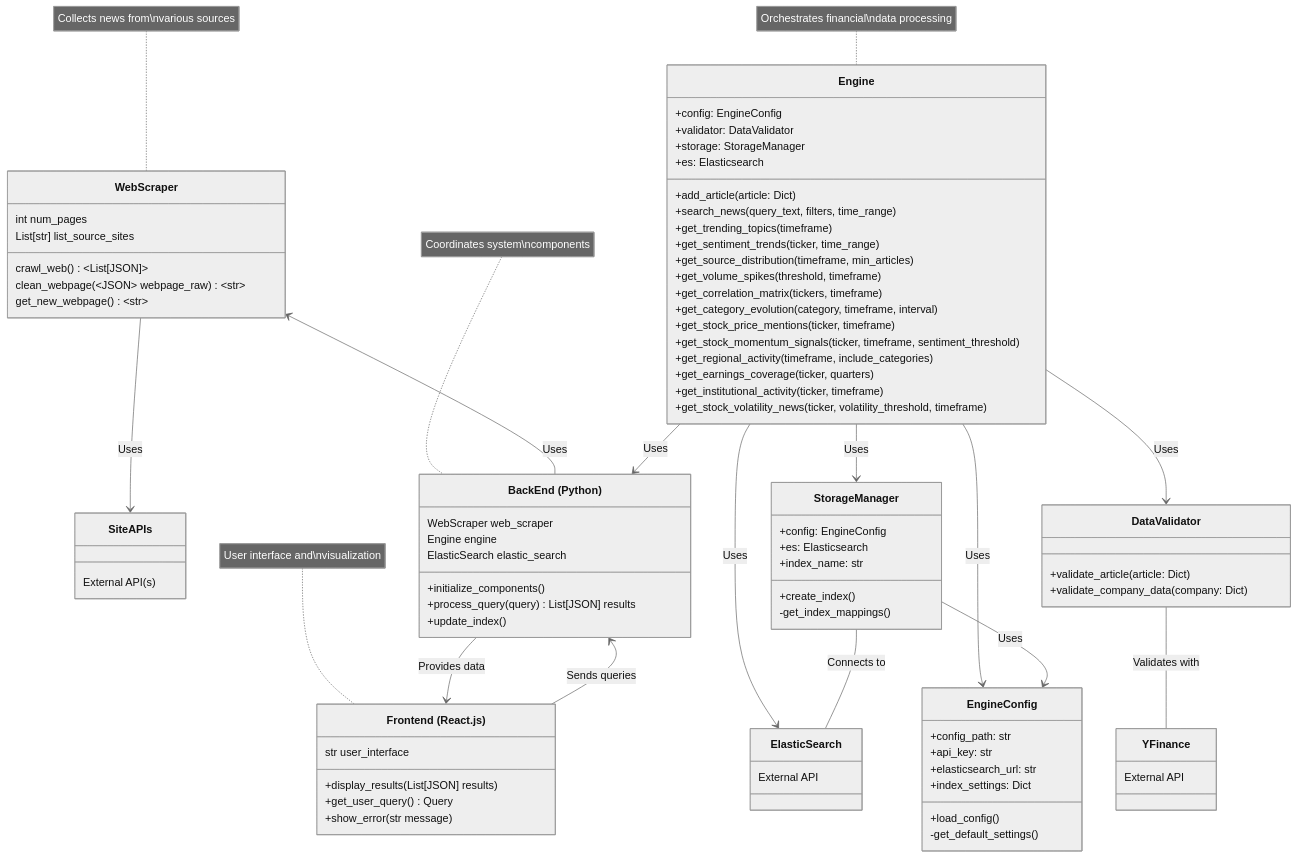
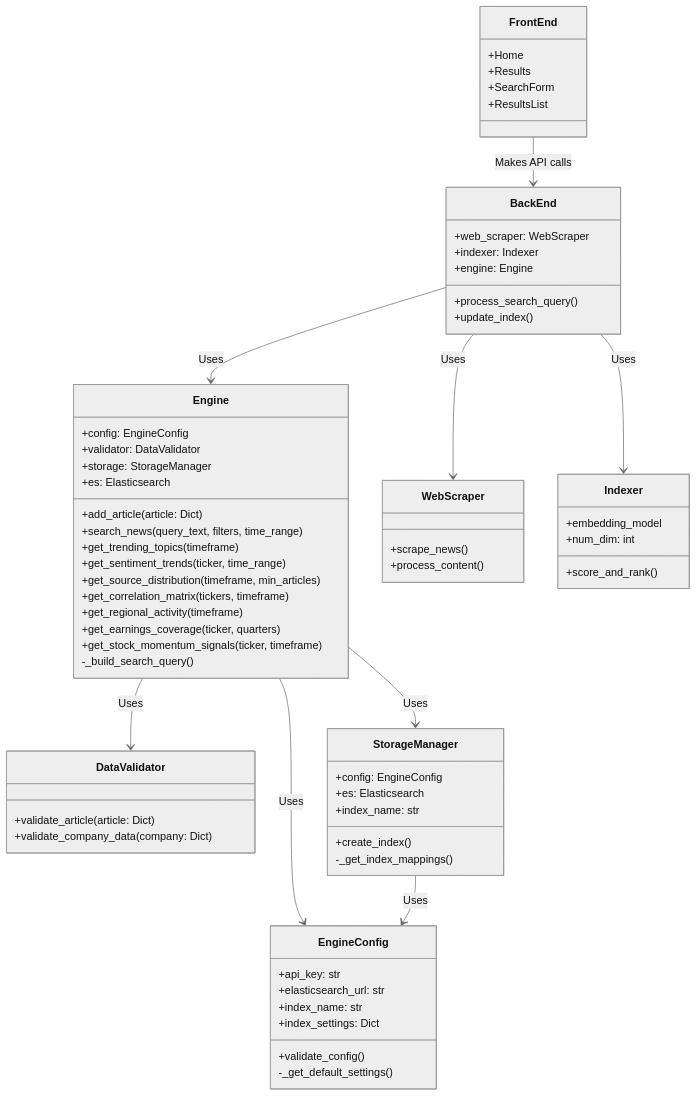
One commit to senior-design-financial-engine/search-engine changed the first of 3 diagrams in README.md. Above: the diagram before and after it, drawn with Mermaid (neutral theme). The commit also changed other lines of this file, not shown here.

````diff
--- a/README.md
+++ b/README.md
@@ -39,17 +39,5 @@
 ```mermaid
 classDiagram
-    class SiteAPIs:::external {
-        External API(s)
-    }
-    
-    class WebScraper {
-        int num_pages
-        List[str] list_source_sites
-        crawl_web() ~List[JSON]~
-        clean_webpage(~JSON~ webpage_raw) ~str~
-        get_new_webpage() ~str~
-    }
-
     class Engine {
         +config: EngineConfig
         +validator: DataValidator
@@ -60,24 +48,20 @@
         +get_trending_topics(timeframe)
         +get_sentiment_trends(ticker, time_range)
         +get_source_distribution(timeframe, min_articles)
-        +get_volume_spikes(threshold, timeframe)
         +get_correlation_matrix(tickers, timeframe)
-        +get_category_evolution(category, timeframe, interval)
-        +get_stock_price_mentions(ticker, timeframe)
-        +get_stock_momentum_signals(ticker, timeframe, sentiment_threshold)
-        +get_regional_activity(timeframe, include_categories)
+        +get_regional_activity(timeframe)
         +get_earnings_coverage(ticker, quarters)
-        +get_institutional_activity(ticker, timeframe)
-        +get_stock_volatility_news(ticker, volatility_threshold, timeframe)
+        +get_stock_momentum_signals(ticker, timeframe)
+        -_build_search_query()
     }
 
     class EngineConfig {
-        +config_path: str
         +api_key: str
         +elasticsearch_url: str
+        +index_name: str
         +index_settings: Dict
-        +load_config()
-        -get_default_settings()
+        +validate_config()
+        -_get_default_settings()
     }
 
     class DataValidator {
@@ -90,49 +74,42 @@
         +es: Elasticsearch
         +index_name: str
         +create_index()
-        -get_index_mappings()
+        -_get_index_mappings()
     }
 
-    class BackEnd ["BackEnd (Python)"] {
-        WebScraper web_scraper
-        Engine engine
-        ElasticSearch elastic_search
-        +initialize_components()
-        +process_query(query) List[JSON] results
+    class BackEnd {
+        +web_scraper: WebScraper
+        +indexer: Indexer
+        +engine: Engine
+        +process_search_query()
         +update_index()
     }
 
-    class FrontEnd["Frontend (React.js)"] {
-        str user_interface
-        +display_results(List[JSON] results)
-        +get_user_query() Query
-        +show_error(str message)
+    class WebScraper {
+        +scrape_news()
+        +process_content()
     }
 
-    class ElasticSearch:::external {
-        External API
+    class Indexer {
+        +embedding_model
+        +num_dim: int
+        +score_and_rank()
     }
 
-    class YFinance:::external {
-        External API
+    class FrontEnd {
+        +Home
+        +Results
+        +SearchForm
+        +ResultsList
     }
 
-    WebScraper <-- BackEnd : Uses
-    WebScraper --> SiteAPIs : Uses
-    Engine --> BackEnd : Uses
-    Engine --> ElasticSearch : Uses
-    BackEnd --> FrontEnd : Provides data
-    FrontEnd --> BackEnd : Sends queries
     Engine --> EngineConfig : Uses
     Engine --> DataValidator : Uses
     Engine --> StorageManager : Uses
     StorageManager --> EngineConfig : Uses
-    StorageManager -- ElasticSearch : Connects to
-    DataValidator -- YFinance : Validates with
-
-    note for Engine "Orchestrates financial\ndata processing"
-    note for WebScraper "Collects news from\nvarious sources"
-    note for BackEnd "Coordinates system\ncomponents"
-    note for FrontEnd "User interface and\nvisualization"
+    BackEnd --> Engine : Uses
+    BackEnd --> WebScraper : Uses
+    BackEnd --> Indexer : Uses
+    FrontEnd --> BackEnd : Makes API calls
 
 ```
````
